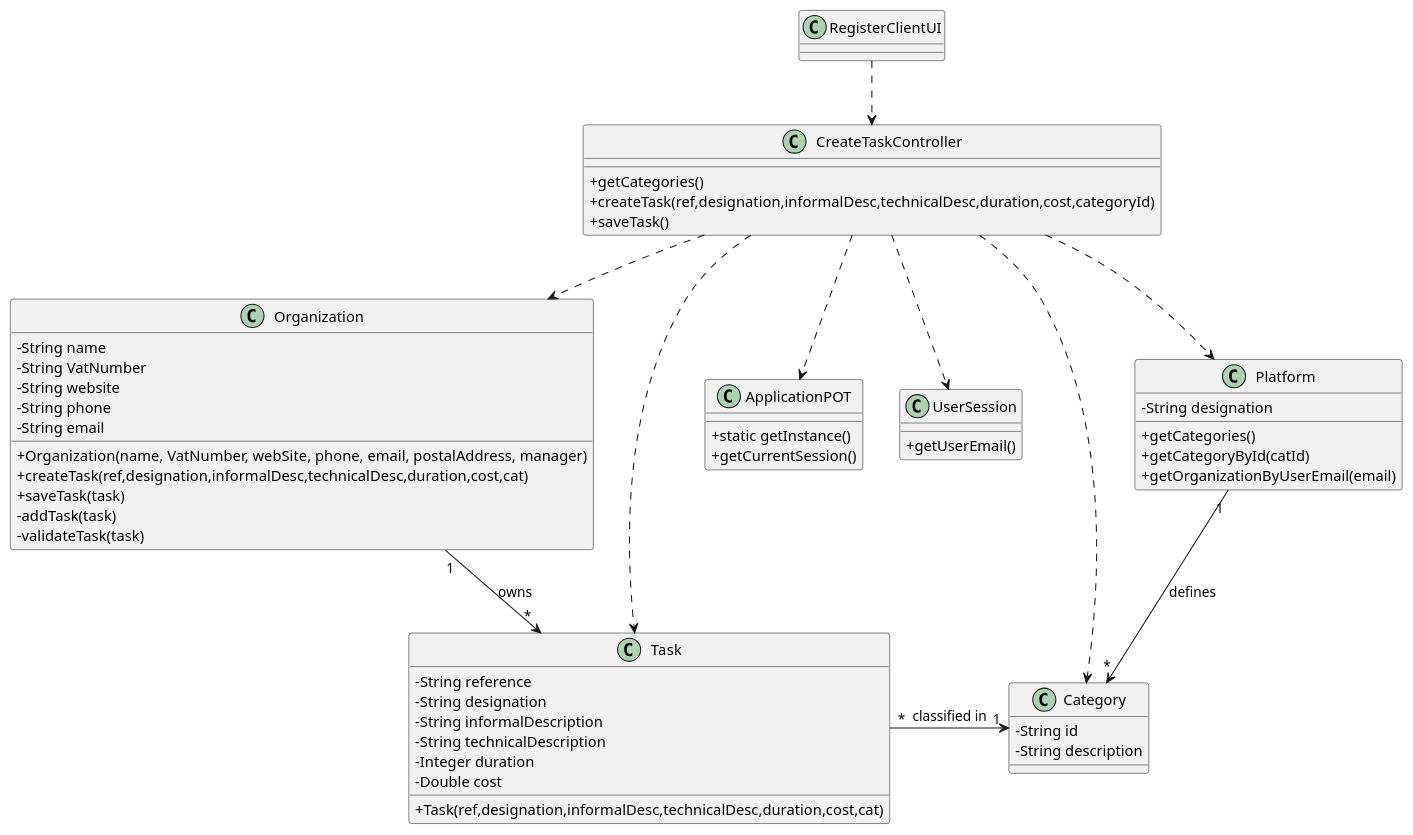
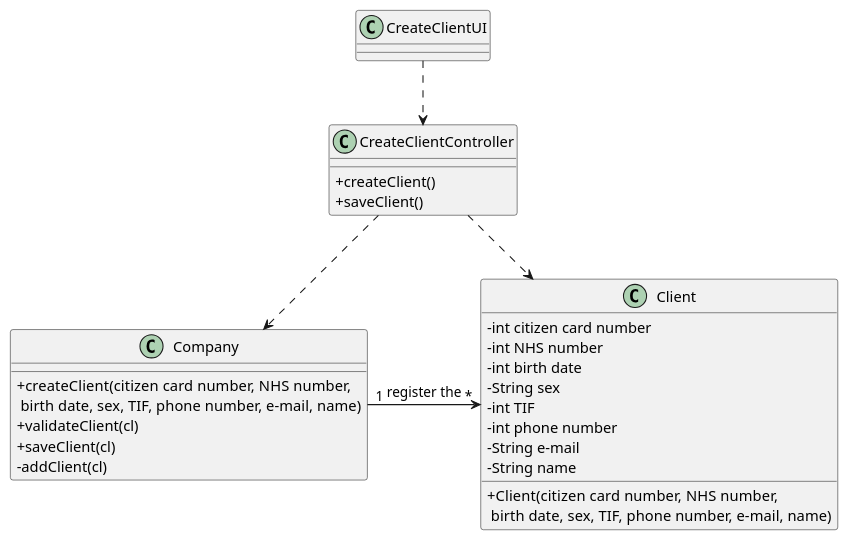
The diagram in docs/SprintB/US03/US3_CD.puml (manu-07-ela/LAPR2_ISEP), drawn with PlantUML before and after one commit. The commit also changed 1 other file, not shown here.

```diff
--- a/docs/SprintB/US03/US3_CD.puml
+++ b/docs/SprintB/US03/US3_CD.puml
@@ -1,72 +1,38 @@
 @startuml
 skinparam classAttributeIconSize 0
 
-class ApplicationPOT
-{
-  +static getInstance()
-  +getCurrentSession()
+
+class Client {
+  -int citizen card number
+  -int NHS number
+  -int birth date
+  -String sex
+  -int TIF
+  -int phone number
+  -String e-mail
+  -String name
+  +Client(citizen card number, NHS number,\n birth date, sex, TIF, phone number, e-mail, name)
 }
 
-class UserSession
-{
-  +getUserEmail()
+class Company {
+  +createClient(citizen card number, NHS number,\n birth date, sex, TIF, phone number, e-mail, name)
+  +validateClient(cl)
+  +saveClient(cl)
+  -addClient(cl)
 }
 
-class Task {
-  -String reference
-  -String designation
-  -String informalDescription
-  -String technicalDescription
-  -Integer duration
-  -Double cost
-  +Task(ref,designation,informalDesc,technicalDesc,duration,cost,cat)
+class CreateClientController {
+  +createClient()
+  +saveClient()
 }
 
-class Category {
-  -String id
-  -String description
-}
-
-class Organization {
-  -String name
-  -String VatNumber
-  -String website
-  -String phone
-  -String email
-  +Organization(name, VatNumber, webSite, phone, email, postalAddress, manager)
-  +createTask(ref,designation,informalDesc,technicalDesc,duration,cost,cat)
-  +saveTask(task)
-  -addTask(task)
-  -validateTask(task)
-}
-
-class Platform {
-  -String designation
-  +getCategories()
-  +getCategoryById(catId)
-  +getOrganizationByUserEmail(email)
-}
-
-class CreateTaskController {
-  +getCategories()
-  +createTask(ref,designation,informalDesc,technicalDesc,duration,cost,categoryId)
-  +saveTask()
-}
-
-class RegisterClientUI {
+class CreateClientUI {
 
 }
 
-RegisterClientUI ..> CreateTaskController
-CreateTaskController ..> Platform
-CreateTaskController ..> Category
-CreateTaskController ..> Task
-CreateTaskController ..> Organization
-CreateTaskController ..> ApplicationPOT
-CreateTaskController ..> UserSession
-Task "*" -> "1" Category : classified in
-Platform "1" --> "*" Category : defines
-Organization "1" --> "*" Task : owns
-
+CreateClientUI ..> CreateClientController
+CreateClientController ..> Client
+CreateClientController ..> Company
+Company "1" -> "*" Client : register the
 
 @enduml
```
